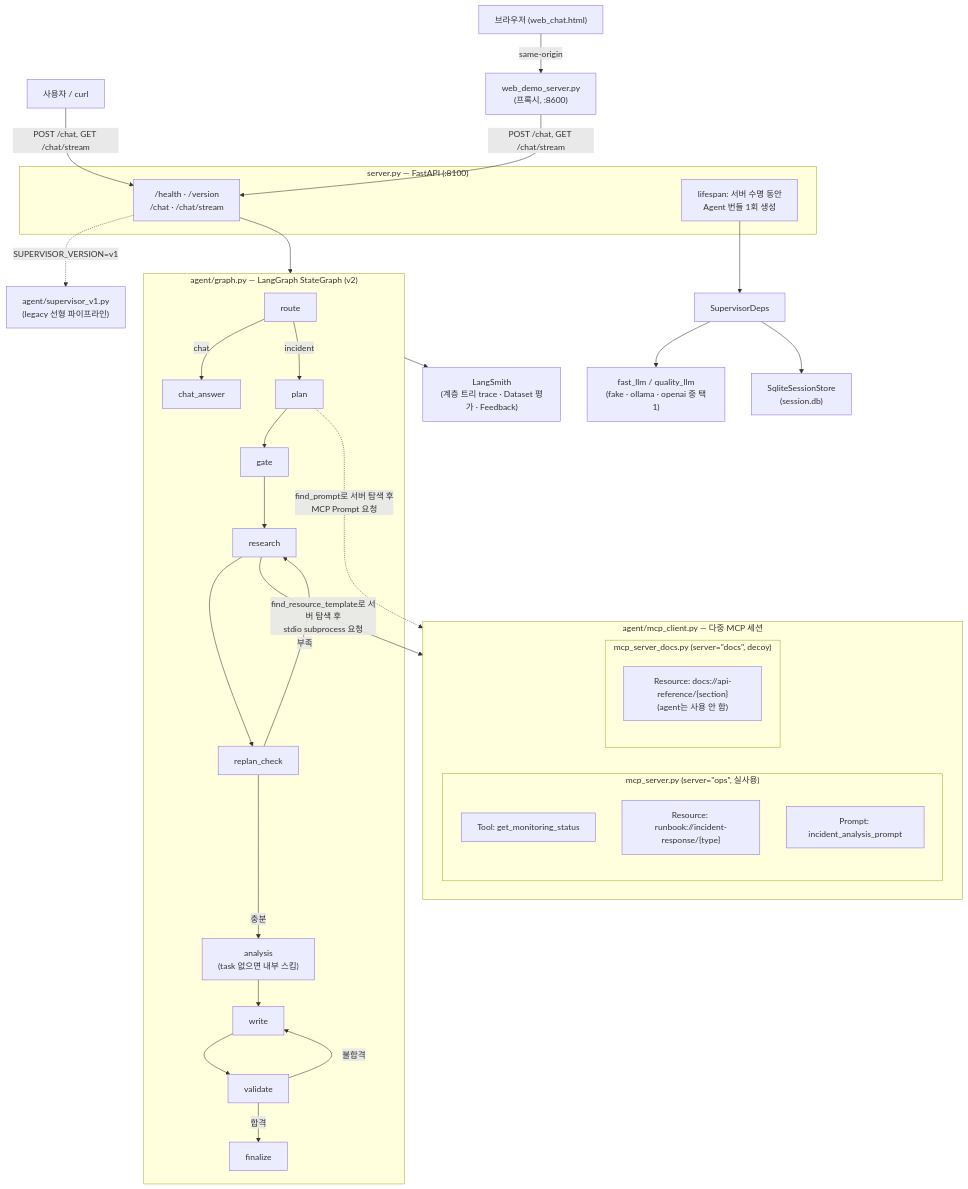
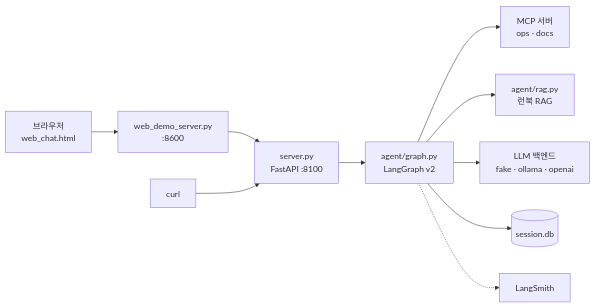
One commit to InwooLeeme/ai_mini_project changed the first of 8 diagrams in doc/README.md. Above: the diagram before and after it, drawn with Mermaid. The commit also changed other lines of this file, not shown here.

````diff
--- a/doc/README.md
+++ b/doc/README.md
@@ -73,49 +21,13 @@
 ```mermaid
-flowchart TB
-    User["사용자 / curl"] -->|"POST /chat, GET /chat/stream"| API
-    Browser["브라우저 (web_chat.html)"] -->|"same-origin"| Proxy["web_demo_server.py<br/>(프록시, :8600)"]
-    Proxy -->|"POST /chat, GET /chat/stream"| API
+flowchart LR
+    Browser["브라우저<br/>web_chat.html"] --> Proxy["web_demo_server.py<br/>:8600"]
+    Proxy --> API
+    Curl["curl"] --> API["server.py<br/>FastAPI :8100"]
 
-    subgraph Server["server.py — FastAPI (:8100)"]
-        API["/health · /version<br/>/chat · /chat/stream"]
-        Lifespan["lifespan: 서버 수명 동안<br/>Agent 번들 1회 생성"]
-    end
-
-    API --> Graph
-
-    subgraph Graph["agent/graph.py — LangGraph StateGraph (v2)"]
-        Route["route"] -->|chat| ChatAnswer["chat_answer"]
-        Route -->|incident| Plan["plan"]
-        Plan --> Gate["gate"]
-        Gate --> Research["research"]
-        Research --> ReplanCheck["replan_check"]
-        ReplanCheck -->|부족| Research
-        ReplanCheck -->|충분| Analysis["analysis<br/>(task 없으면 내부 스킵)"]
-        Analysis --> Write["write"]
-        Write --> Validate["validate"]
-        Validate -->|불합격| Write
-        Validate -->|합격| Finalize["finalize"]
-    end
-
-    API -. "SUPERVISOR_VERSION=v1" .-> V1["agent/supervisor_v1.py<br/>(legacy 선형 파이프라인)"]
-
-    Plan -. "find_prompt로 서버 탐색 후<br/>MCP Prompt 요청" .-> MCPClient
-    Research -->|"find_resource_template로 서버 탐색 후<br/>stdio subprocess 요청"| MCPClient
-
-    subgraph MCPClient["agent/mcp_client.py — 다중 MCP 세션"]
-        subgraph OpsServer["mcp_server.py (server=&quot;ops&quot;, 실사용)"]
-            Tool["Tool: get_monitoring_status"]
-            Resource["Resource: runbook://incident-response/{type}"]
-            Prompt["Prompt: incident_analysis_prompt"]
-        end
-        subgraph DocsServer["mcp_server_docs.py (server=&quot;docs&quot;, decoy)"]
-            DocsResource["Resource: docs://api-reference/{section}<br/>(agent는 사용 안 함)"]
-        end
-    end
-
-    Lifespan --> Deps["SupervisorDeps"]
-    Deps --> LLM["fast_llm / quality_llm<br/>(fake · ollama · openai 중 택1)"]
-    Deps --> Session["SqliteSessionStore<br/>(session.db)"]
-
-    Graph --> Trace["LangSmith<br/>(계층 트리 trace · Dataset 평가 · Feedback)"]
+    API --> Graph["agent/graph.py<br/>LangGraph v2"]
+    Graph --> MCP["MCP 서버<br/>ops · docs"]
+    Graph --> RAG["agent/rag.py<br/>런북 RAG"]
+    Graph --> LLM["LLM 백엔드<br/>fake · ollama · openai"]
+    Graph --> DB[("session.db")]
+    Graph -.-> LS["LangSmith"]
 ```
````
